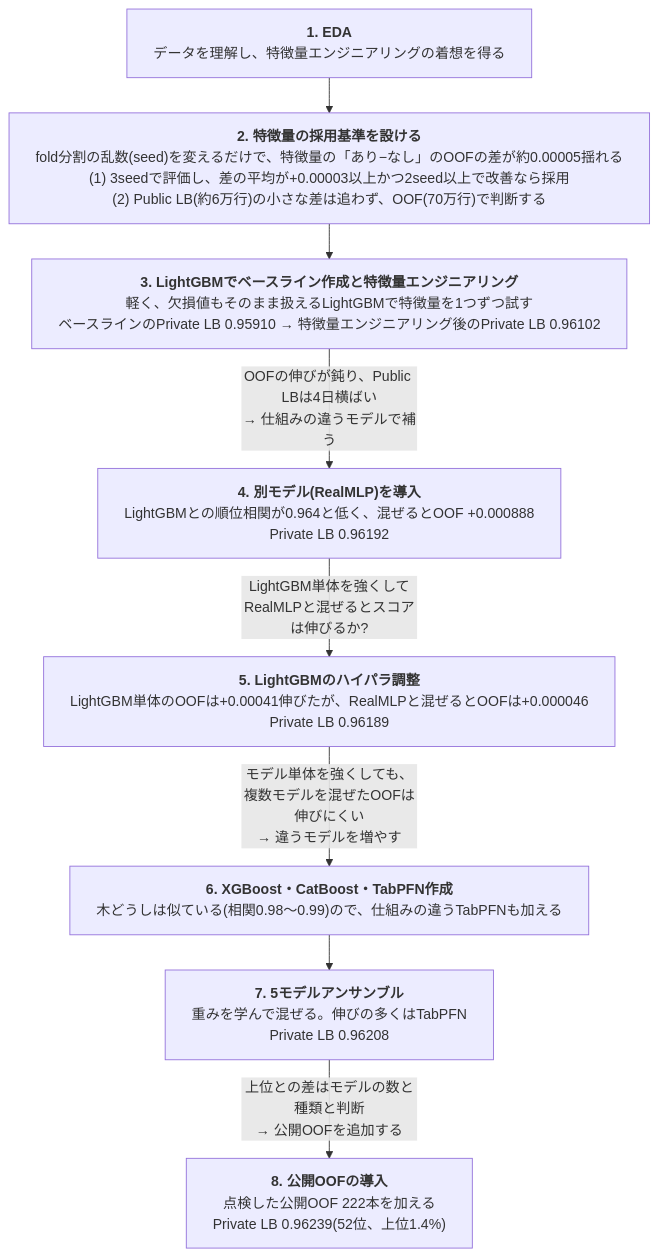
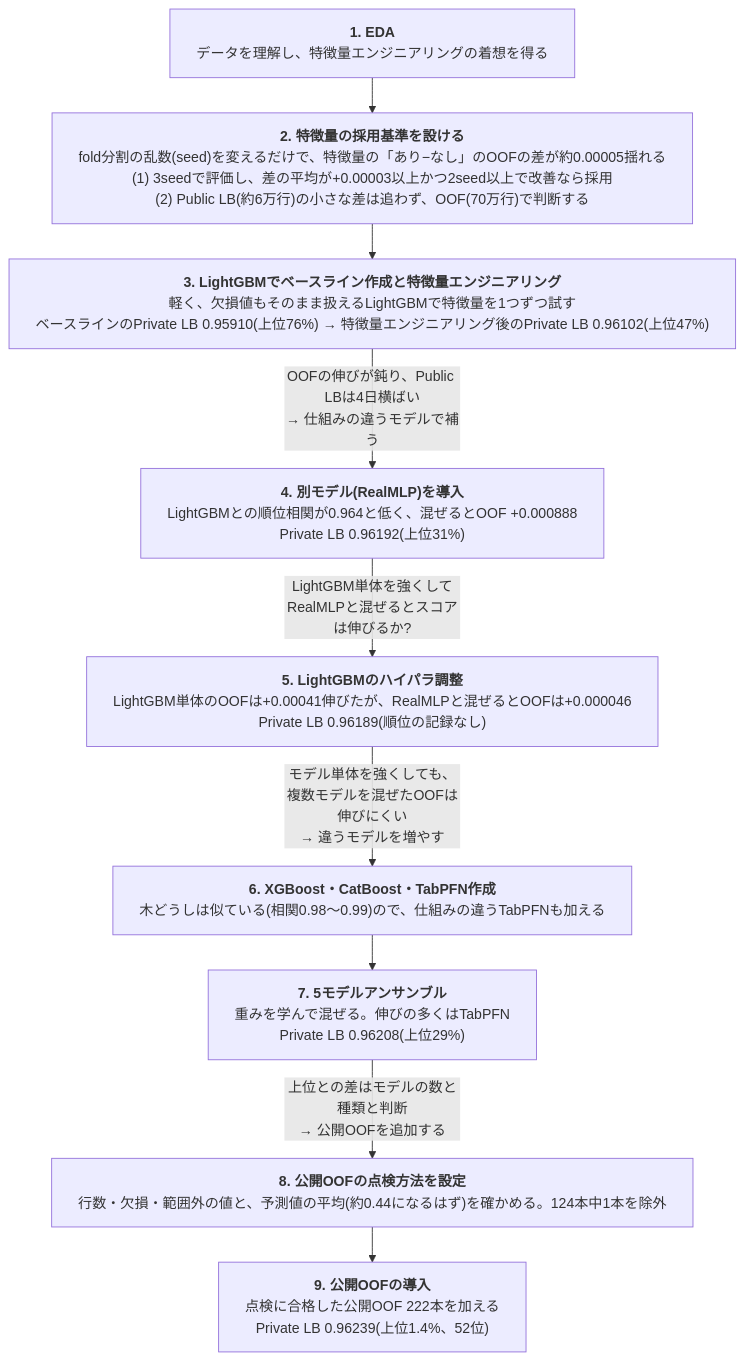
The first of 3 diagrams in README.md (aramaki5443-art/kaggle-s6e10-airline-satisfaction), drawn with Mermaid before and after one commit. The commit also changed other lines of this file, not shown here.

First line of the commit message:
README: 「8. 公開OOFの点検方法を設定」を追加し導入を9に、フロー図のPrivateに上位%、古い段階番号を修正

````diff
--- a/README.md
+++ b/README.md
@@ -21,23 +21,24 @@
 ```mermaid
 ---
 config:
   flowchart:
     wrappingWidth: 800
     rankSpacing: 40
 ---
 flowchart TD
   S1["<b>1. EDA</b><br>データを理解し、特徴量エンジニアリングの着想を得る"]
   SC["<b>2. 特徴量の採用基準を設ける</b><br>fold分割の乱数(seed)を変えるだけで、特徴量の「あり−なし」のOOFの差が約0.00005揺れる<br>(1) 3seedで評価し、差の平均が+0.00003以上かつ2seed以上で改善なら採用<br>(2) Public LB(約6万行)の小さな差は追わず、OOF(70万行)で判断する"]
-  S2["<b>3. LightGBMでベースライン作成と特徴量エンジニアリング</b><br>軽く、欠損値もそのまま扱えるLightGBMで特徴量を1つずつ試す<br>ベースラインのPrivate LB 0.95910 → 特徴量エンジニアリング後のPrivate LB 0.96102"]
-  S3["<b>4. 別モデル(RealMLP)を導入</b><br>LightGBMとの順位相関が0.964と低く、混ぜるとOOF +0.000888<br>Private LB 0.96192"]
-  S4["<b>5. LightGBMのハイパラ調整</b><br>LightGBM単体のOOFは+0.00041伸びたが、RealMLPと混ぜるとOOFは+0.000046<br>Private LB 0.96189"]
+  S2["<b>3. LightGBMでベースライン作成と特徴量エンジニアリング</b><br>軽く、欠損値もそのまま扱えるLightGBMで特徴量を1つずつ試す<br>ベースラインのPrivate LB 0.95910(上位76%) → 特徴量エンジニアリング後のPrivate LB 0.96102(上位47%)"]
+  S3["<b>4. 別モデル(RealMLP)を導入</b><br>LightGBMとの順位相関が0.964と低く、混ぜるとOOF +0.000888<br>Private LB 0.96192(上位31%)"]
+  S4["<b>5. LightGBMのハイパラ調整</b><br>LightGBM単体のOOFは+0.00041伸びたが、RealMLPと混ぜるとOOFは+0.000046<br>Private LB 0.96189(順位の記録なし)"]
   S5["<b>6. XGBoost・CatBoost・TabPFN作成</b><br>木どうしは似ている(相関0.98〜0.99)ので、仕組みの違うTabPFNも加える"]
-  S6["<b>7. 5モデルアンサンブル</b><br>重みを学んで混ぜる。伸びの多くはTabPFN<br>Private LB 0.96208"]
-  S7["<b>8. 公開OOFの導入</b><br>点検した公開OOF 222本を加える<br>Private LB 0.96239(52位、上位1.4%)"]
+  S6["<b>7. 5モデルアンサンブル</b><br>重みを学んで混ぜる。伸びの多くはTabPFN<br>Private LB 0.96208(上位29%)"]
+  SK["<b>8. 公開OOFの点検方法を設定</b><br>行数・欠損・範囲外の値と、予測値の平均(約0.44になるはず)を確かめる。124本中1本を除外"]
+  S7["<b>9. 公開OOFの導入</b><br>点検に合格した公開OOF 222本を加える<br>Private LB 0.96239(上位1.4%、52位)"]
   S1 --> SC --> S2
   S2 -->|"OOFの伸びが鈍り、Public LBは4日横ばい<br>→ 仕組みの違うモデルで補う"| S3
   S3 -->|"LightGBM単体を強くしてRealMLPと混ぜるとスコアは伸びるか?"| S4
   S4 -->|"モデル単体を強くしても、複数モデルを混ぜたOOFは伸びにくい<br>→ 違うモデルを増やす"| S5
   S5 --> S6
-  S6 -->|"上位との差はモデルの数と種類と判断<br>→ 公開OOFを追加する"| S7
+  S6 -->|"上位との差はモデルの数と種類と判断<br>→ 公開OOFを追加する"| SK --> S7
 ```
````
